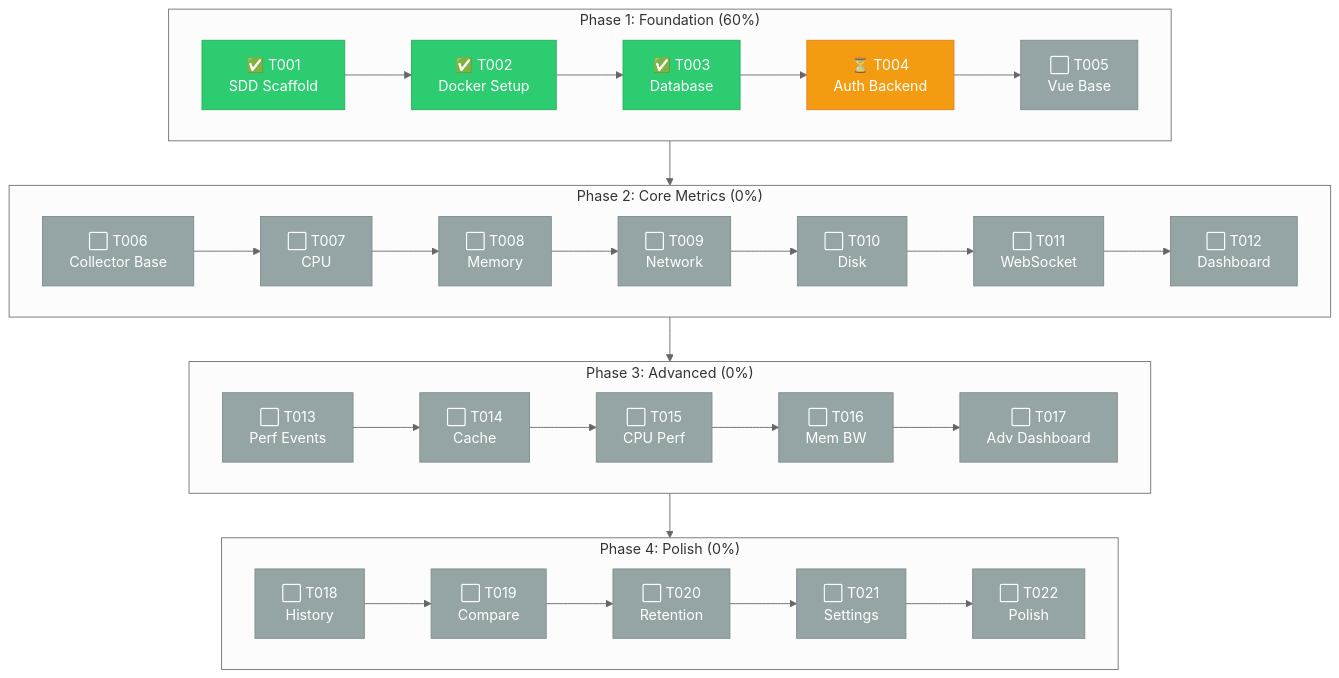
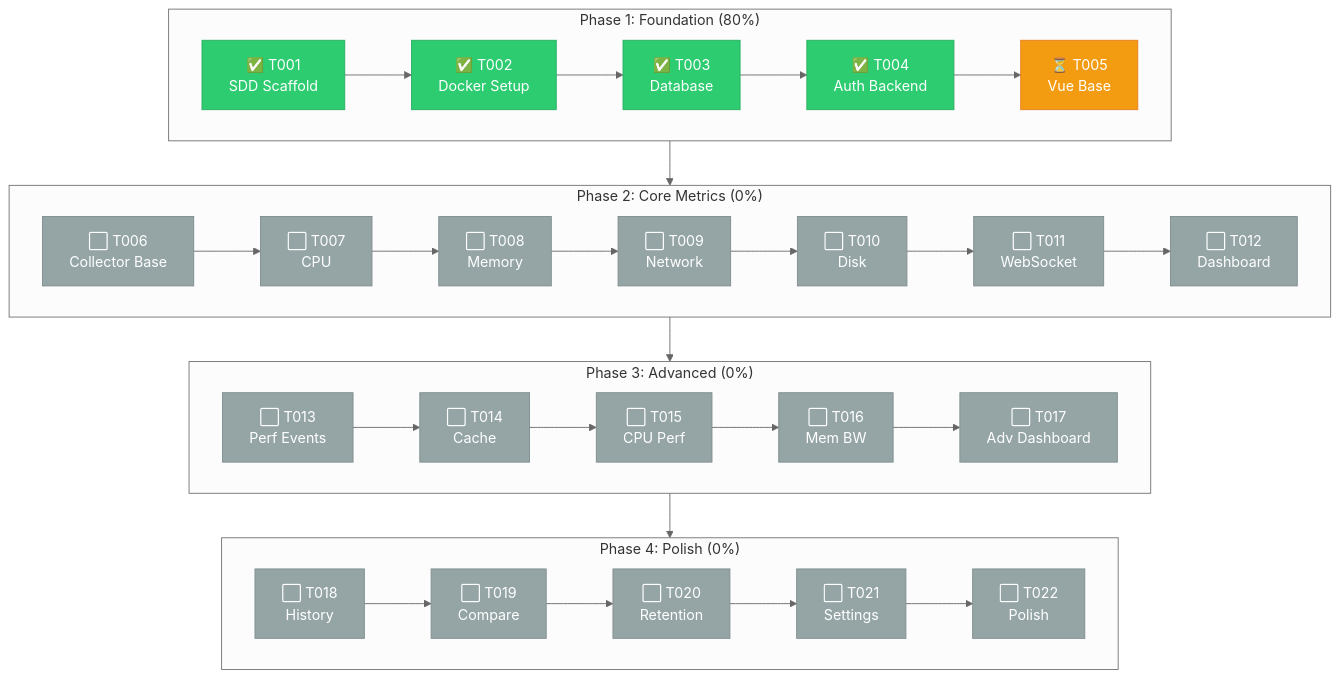
The diagram in README.md (zhyndalf/perfwatch), drawn with Mermaid (neutral theme) before and after one commit. The commit also changed other lines of this file and 10 other files, not shown here.

First line of the commit message:
feat(auth): implement JWT authentication backend (T004)

````diff
--- a/README.md
+++ b/README.md
@@ -17,51 +17,51 @@
 ```mermaid
 flowchart TB
-    subgraph P1["Phase 1: Foundation (60%)"]
+    subgraph P1["Phase 1: Foundation (80%)"]
         T001["✅ T001<br/>SDD Scaffold"]
         T002["✅ T002<br/>Docker Setup"]
         T003["✅ T003<br/>Database"]
-        T004["⏳ T004<br/>Auth Backend"]
-        T005["⬜ T005<br/>Vue Base"]
+        T004["✅ T004<br/>Auth Backend"]
+        T005["⏳ T005<br/>Vue Base"]
         T001 --> T002 --> T003 --> T004 --> T005
     end
 
     subgraph P2["Phase 2: Core Metrics (0%)"]
         T006["⬜ T006<br/>Collector Base"]
         T007["⬜ T007<br/>CPU"]
         T008["⬜ T008<br/>Memory"]
         T009["⬜ T009<br/>Network"]
         T010["⬜ T010<br/>Disk"]
         T011["⬜ T011<br/>WebSocket"]
         T012["⬜ T012<br/>Dashboard"]
         T006 --> T007 --> T008 --> T009 --> T010 --> T011 --> T012
     end
 
     subgraph P3["Phase 3: Advanced (0%)"]
         T013["⬜ T013<br/>Perf Events"]
         T014["⬜ T014<br/>Cache"]
         T015["⬜ T015<br/>CPU Perf"]
         T016["⬜ T016<br/>Mem BW"]
         T017["⬜ T017<br/>Adv Dashboard"]
         T013 --> T014 --> T015 --> T016 --> T017
     end
 
     subgraph P4["Phase 4: Polish (0%)"]
         T018["⬜ T018<br/>History"]
         T019["⬜ T019<br/>Compare"]
         T020["⬜ T020<br/>Retention"]
         T021["⬜ T021<br/>Settings"]
         T022["⬜ T022<br/>Polish"]
         T018 --> T019 --> T020 --> T021 --> T022
     end
 
     P1 --> P2 --> P3 --> P4
 
     %% Styles
     classDef done fill:#2ecc71,stroke:#27ae60,color:#fff
     classDef progress fill:#f39c12,stroke:#e67e22,color:#fff
     classDef todo fill:#95a5a6,stroke:#7f8c8d,color:#fff
 
-    class T001,T002,T003 done
-    class T004 progress
-    class T005,T006,T007,T008,T009,T010,T011,T012,T013,T014,T015,T016,T017,T018,T019,T020,T021,T022 todo
+    class T001,T002,T003,T004 done
+    class T005 progress
+    class T006,T007,T008,T009,T010,T011,T012,T013,T014,T015,T016,T017,T018,T019,T020,T021,T022 todo
 ```
````
